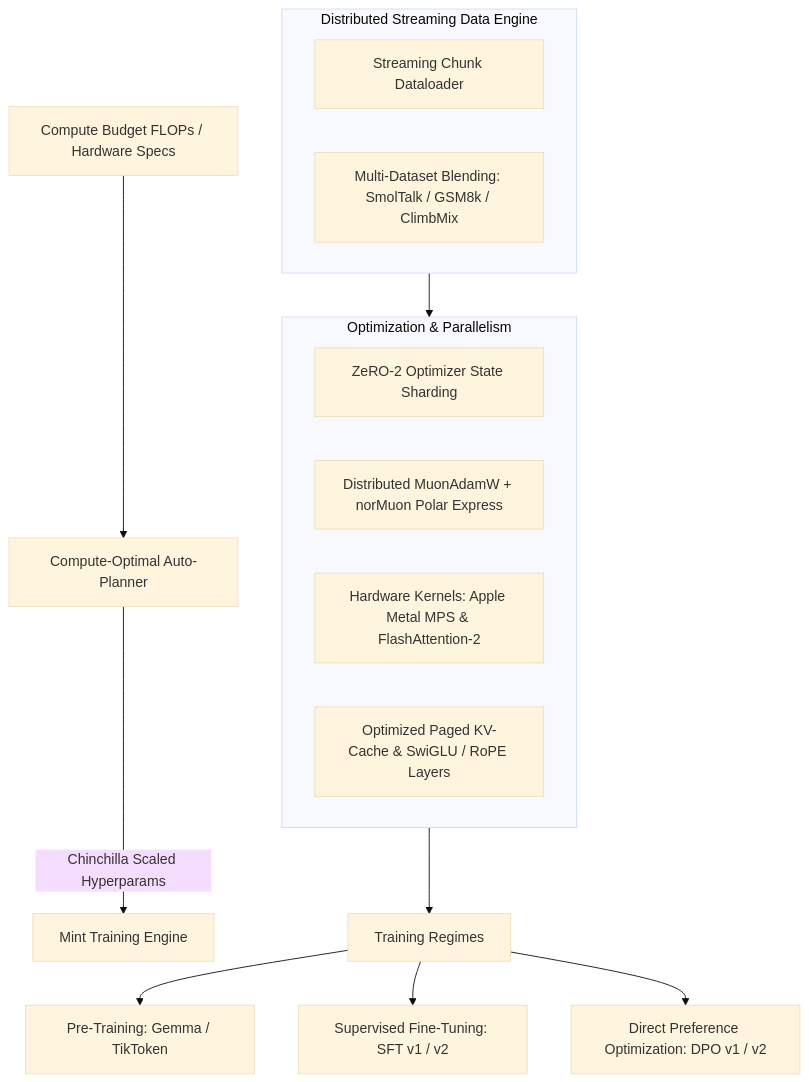
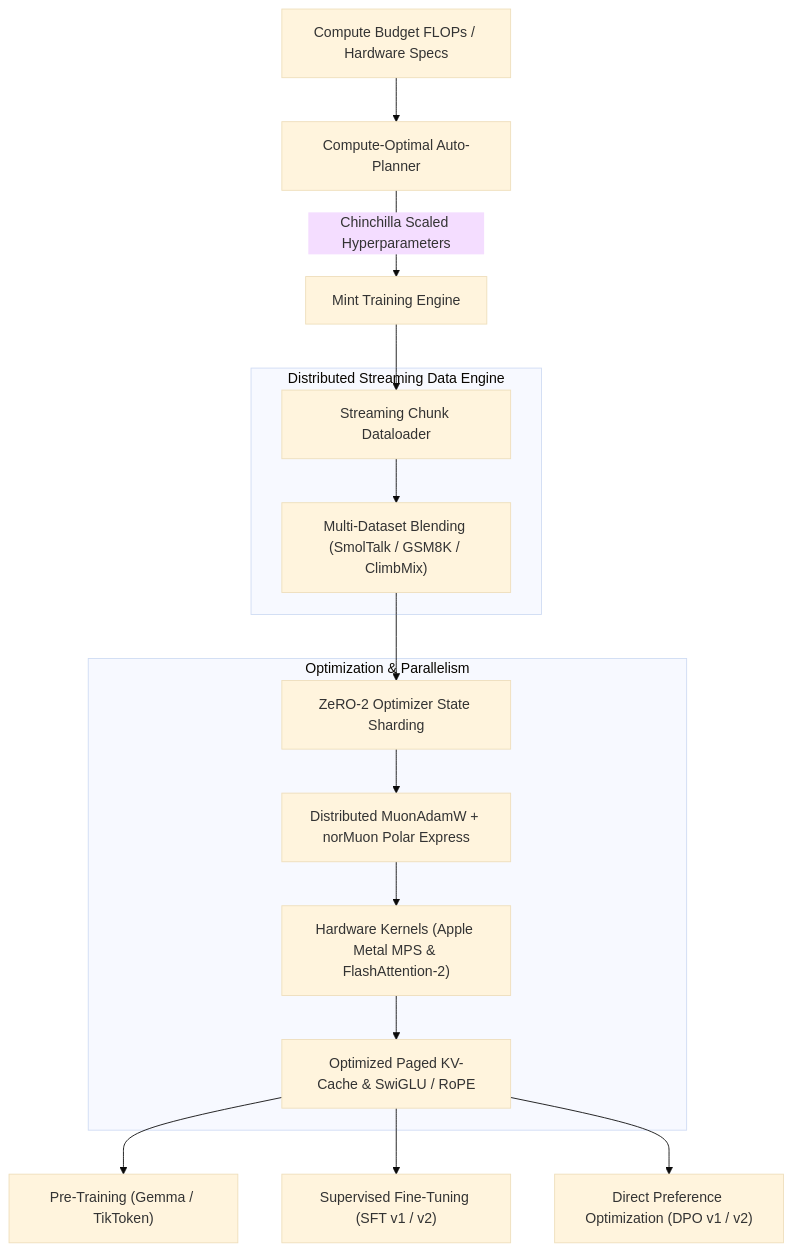
One commit to nagarajpoojari404/opennotes changed the diagram in content/projects/mint.md. Above: the diagram before and after it, drawn with Mermaid (base theme). The commit also changed 9 other files, not shown here.

````diff
--- a/content/projects/mint.md
+++ b/content/projects/mint.md
@@ -18,24 +18,28 @@
 ```mermaid
 flowchart TD
-    Config[Compute Budget FLOPs / Hardware Specs] --> Planner[Compute-Optimal Auto-Planner]
-    Planner -->|Chinchilla Scaled Hyperparams| Engine[Mint Training Engine]
+    Config["Compute Budget FLOPs / Hardware Specs"] --> Planner["Compute-Optimal Auto-Planner"]
+    Planner -->|"Chinchilla Scaled Hyperparameters"| Engine["Mint Training Engine"]
     
-    subgraph DataEngine [Distributed Streaming Data Engine]
-        StreamDataloader[Streaming Chunk Dataloader]
-        Mixer[Multi-Dataset Blending: SmolTalk / GSM8k / ClimbMix]
+    subgraph DataEngine["Distributed Streaming Data Engine"]
+        StreamDataloader["Streaming Chunk Dataloader"]
+        Mixer["Multi-Dataset Blending (SmolTalk / GSM8K / ClimbMix)"]
+        StreamDataloader --> Mixer
     end
     
-    subgraph CoreEngine [Optimization & Parallelism]
-        ZeRO[ZeRO-2 Optimizer State Sharding]
-        Muon[Distributed MuonAdamW + norMuon Polar Express]
-        Kernels[Hardware Kernels: Apple Metal MPS & FlashAttention-2]
-        KVCache[Optimized Paged KV-Cache & SwiGLU / RoPE Layers]
+    subgraph CoreEngine["Optimization & Parallelism"]
+        ZeRO["ZeRO-2 Optimizer State Sharding"]
+        Muon["Distributed MuonAdamW + norMuon Polar Express"]
+        Kernels["Hardware Kernels (Apple Metal MPS & FlashAttention-2)"]
+        KVCache["Optimized Paged KV-Cache & SwiGLU / RoPE"]
     end
     
-    DataEngine --> CoreEngine
-    CoreEngine --> Modes[Training Regimes]
+    Engine --> StreamDataloader
+    Mixer --> ZeRO
+    ZeRO --> Muon
+    Muon --> Kernels
+    Kernels --> KVCache
     
-    Modes --> Pretrain[Pre-Training: Gemma / TikToken]
-    Modes --> SFT[Supervised Fine-Tuning: SFT v1 / v2]
-    Modes --> DPO[Direct Preference Optimization: DPO v1 / v2]
+    KVCache --> Pretrain["Pre-Training (Gemma / TikToken)"]
+    KVCache --> SFT["Supervised Fine-Tuning (SFT v1 / v2)"]
+    KVCache --> DPO["Direct Preference Optimization (DPO v1 / v2)"]
 ```
````
